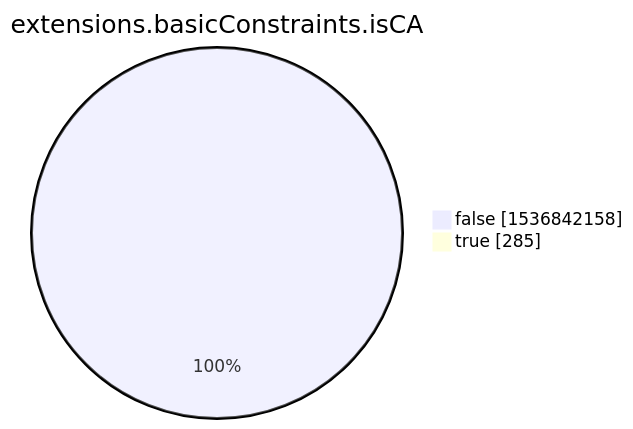
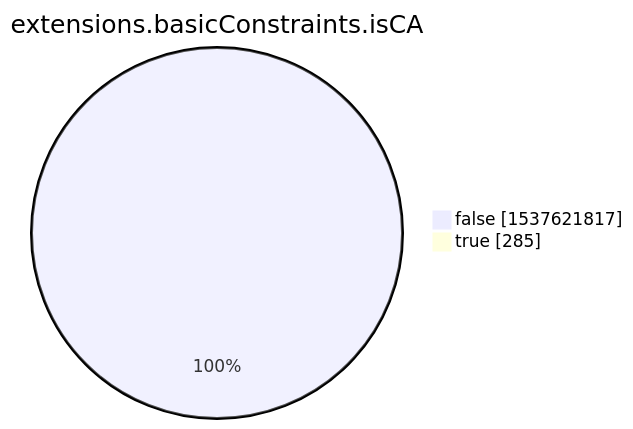
Before and after one commit to christiankrug/ctmonitor_visualization: the eighth of 15 diagrams in xenon2022/README.md, drawn with Mermaid. The commit also changed other lines of this file, not shown here.

````diff
--- a/xenon2022/README.md
+++ b/xenon2022/README.md
@@ -2857,6 +2857,6 @@
 ```mermaid
 pie showData
 title extensions.basicConstraints.isCA
-"false" :1536842158
+"false" :1537621817
 "true" :285
 ```
````
